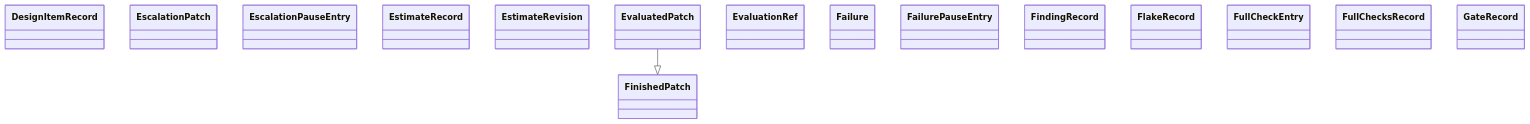
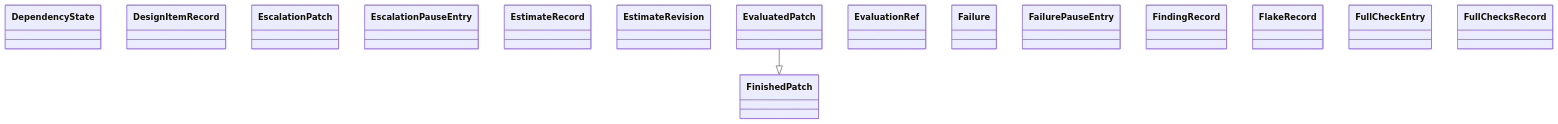
One commit to GonzaloZevallos/agentic-system changed the diagram in docs/architecture/generated/classes-process-domain-state-4.md. Above: the diagram before and after it, drawn with Mermaid. The commit also changed 10 other files, not shown here.

````diff
--- a/docs/architecture/generated/classes-process-domain-state-4.md
+++ b/docs/architecture/generated/classes-process-domain-state-4.md
@@ -26,19 +26,19 @@
 ```mermaid
 classDiagram
+    class task__DependencyState["DependencyState"]
     class task__DesignItemRecord["DesignItemRecord"]
     class task__EscalationPatch["EscalationPatch"]
     class task__EscalationPauseEntry["EscalationPauseEntry"]
     class task__EstimateRecord["EstimateRecord"]
     class task__EstimateRevision["EstimateRevision"]
     class task__EvaluatedPatch["EvaluatedPatch"]
     class task__EvaluationRef["EvaluationRef"]
     class task__Failure["Failure"]
     class task__FailurePauseEntry["FailurePauseEntry"]
     class task__FindingRecord["FindingRecord"]
     class task__FinishedPatch["FinishedPatch"]
     class task__FlakeRecord["FlakeRecord"]
     class task__FullCheckEntry["FullCheckEntry"]
     class task__FullChecksRecord["FullChecksRecord"]
-    class task__GateRecord["GateRecord"]
     task__EvaluatedPatch --|> task__FinishedPatch
 ```
````
